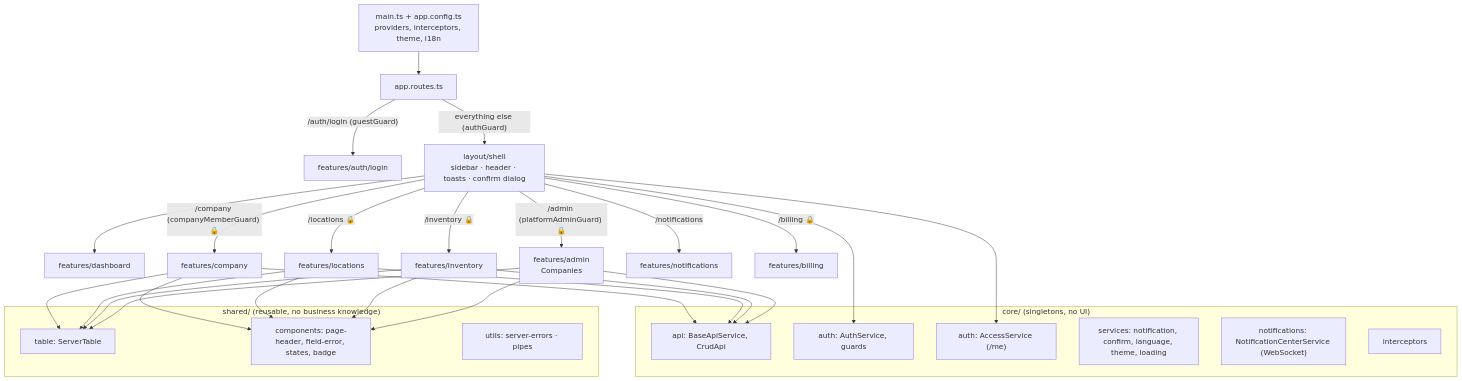
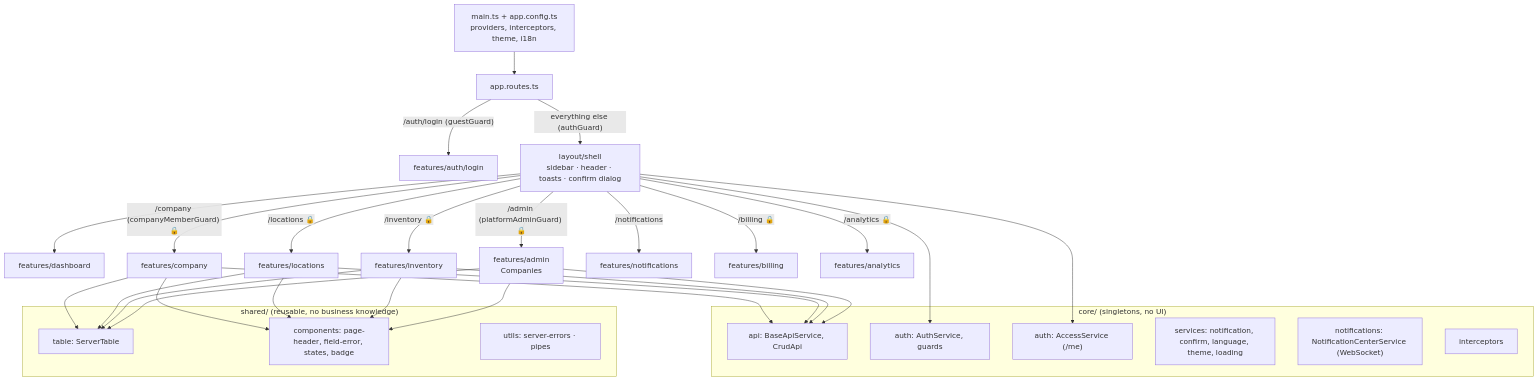
The first of 4 diagrams in docs/CODE_MAP.md (mohamed-elhelely/tanzim-frontend), drawn with Mermaid before and after one commit. The commit also changed other lines of this file and 27 other files, not shown here.

````diff
--- a/docs/CODE_MAP.md
+++ b/docs/CODE_MAP.md
@@ -21,33 +21,34 @@
 ```mermaid
 flowchart TD
     main["main.ts + app.config.ts<br/>providers, interceptors, theme, i18n"] --> routes["app.routes.ts"]
     routes -->|"/auth/login (guestGuard)"| login["features/auth/login"]
     routes -->|"everything else (authGuard)"| shell["layout/shell<br/>sidebar · header · toasts · confirm dialog"]
     shell --> dash["features/dashboard"]
     shell -->|"/admin (platformAdminGuard) 🔒"| admin["features/admin<br/>Companies"]
     shell -->|"/company (companyMemberGuard) 🔒"| company["features/company"]
     shell -->|"/locations 🔒"| locations["features/locations"]
     shell -->|"/inventory 🔒"| inventory["features/inventory"]
     shell -->|"/notifications"| notif["features/notifications"]
     shell -->|"/billing 🔒"| billing["features/billing"]
+    shell -->|"/analytics 🔒"| analytics["features/analytics"]
 
     subgraph core["core/ (singletons, no UI)"]
         api["api: BaseApiService, CrudApi"]
         auth["auth: AuthService, guards"]
         sub["auth: AccessService (/me)"]
         svc["services: notification, confirm, language, theme, loading"]
         ncenter["notifications: NotificationCenterService (WebSocket)"]
         int["interceptors"]
     end
     subgraph shared["shared/ (reusable, no business knowledge)"]
         table["table: ServerTable"]
         comps["components: page-header, field-error, states, badge"]
         utils["utils: server-errors · pipes"]
     end
 
     company & locations & inventory & admin --> api
     company & locations & inventory & admin --> table
     company & locations & inventory & admin --> comps
     shell --> sub
     shell --> auth
 ```
````
